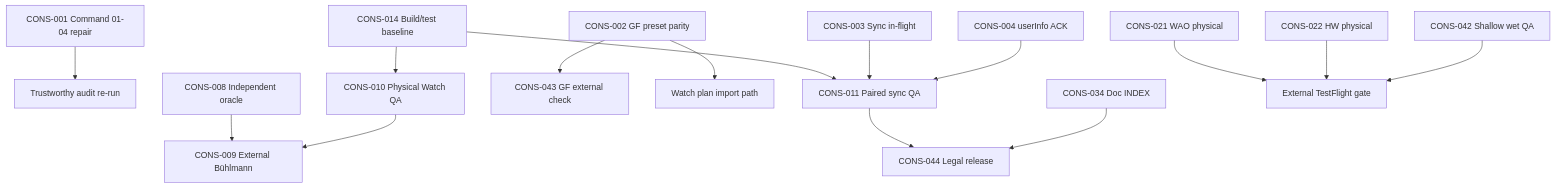
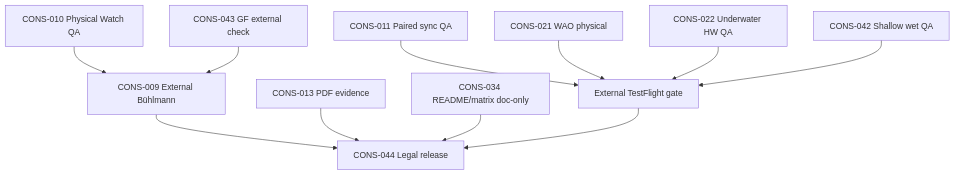
Before and after one commit to egopfe/DirDiving-App: the diagram in Docs/MASTER_FINDING_DEPENDENCY_GRAPH_CURRENT.md, drawn with Mermaid. The commit also changed other lines of this file and 13 other files, not shown here.

````diff
--- a/Docs/MASTER_FINDING_DEPENDENCY_GRAPH_CURRENT.md
+++ b/Docs/MASTER_FINDING_DEPENDENCY_GRAPH_CURRENT.md
@@ -17,17 +17,13 @@
 ```mermaid
 graph TD
-  CONS001[CONS-001 Command 01-04 repair] --> RERUN[Trustworthy audit re-run]
-  CONS014[CONS-014 Build/test baseline] --> PHY[CONS-010 Physical Watch QA]
-  CONS014 --> PAIR[CONS-011 Paired sync QA]
-  CONS002[CONS-002 GF preset parity] --> GFEXT[CONS-043 GF external check]
-  CONS002 --> IMP[Watch plan import path]
-  CONS003[CONS-003 Sync in-flight] --> PAIR
-  CONS004[CONS-004 userInfo ACK] --> PAIR
-  CONS008[CONS-008 Independent oracle] --> EXT[CONS-009 External Bühlmann]
-  PHY --> EXT
-  PAIR --> REL[CONS-044 Legal release]
-  CONS034[CONS-034 Doc INDEX] --> REL
-  CONS021[CONS-021 WAO physical] --> EXTTF[External TestFlight gate]
-  CONS022[CONS-022 HW physical] --> EXTTF
-  CONS042[CONS-042 Shallow wet QA] --> EXTTF
+  PHY[CONS-010 Physical Watch QA] --> EXT[CONS-009 External Bühlmann]
+  PAIR[CONS-011 Paired sync QA] --> EXTTF[External TestFlight gate]
+  WAO[CONS-021 WAO physical] --> EXTTF
+  HW[CONS-022 Underwater HW QA] --> EXTTF
+  SHAL[CONS-042 Shallow wet QA] --> EXTTF
+  GFEXT[CONS-043 GF external check] --> EXT
+  EXT --> REL[CONS-044 Legal release]
+  PDF[CONS-013 PDF evidence] --> REL
+  DOC[CONS-034 README/matrix doc-only] --> REL
+  EXTTF --> REL
 ```
````
